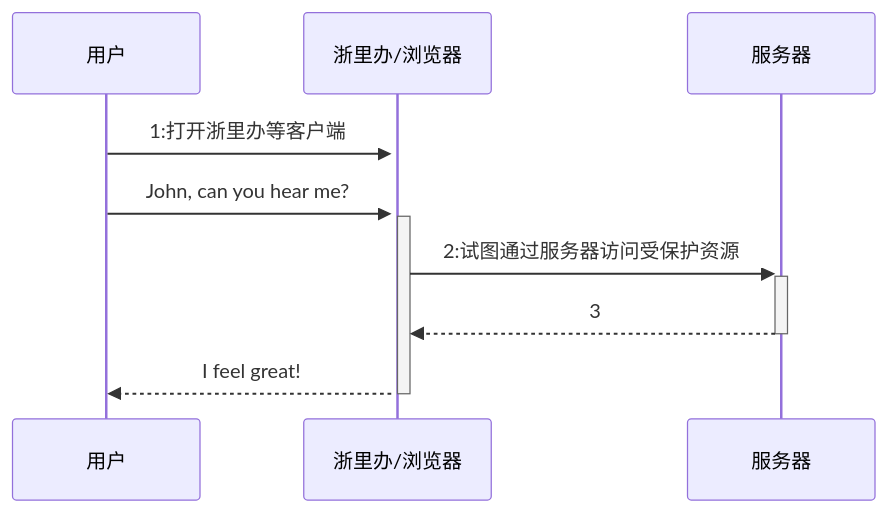
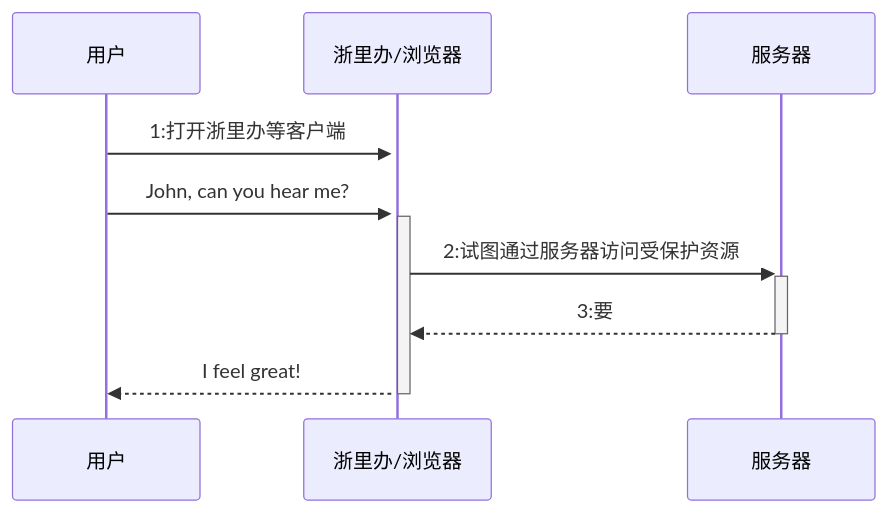
The diagram in all/居民端时序图.md (fifuntop/iodraw-files), drawn with Mermaid before and after one commit.

Commit message:
2024-03-14 14:50:25 update

````diff
--- a/all/居民端时序图.md
+++ b/all/居民端时序图.md
@@ -1,9 +1,9 @@
 ```mermaid
 sequenceDiagram
     用户->>+浙里办/浏览器: 1:打开浙里办等客户端
     用户->>+浙里办/浏览器: John, can you hear me?
     浙里办/浏览器->>+服务器: 2:试图通过服务器访问受保护资源
-    服务器-->>-浙里办/浏览器: 3
+    服务器-->>-浙里办/浏览器: 3:要
     浙里办/浏览器-->>-用户: I feel great!
             
 ```
````
